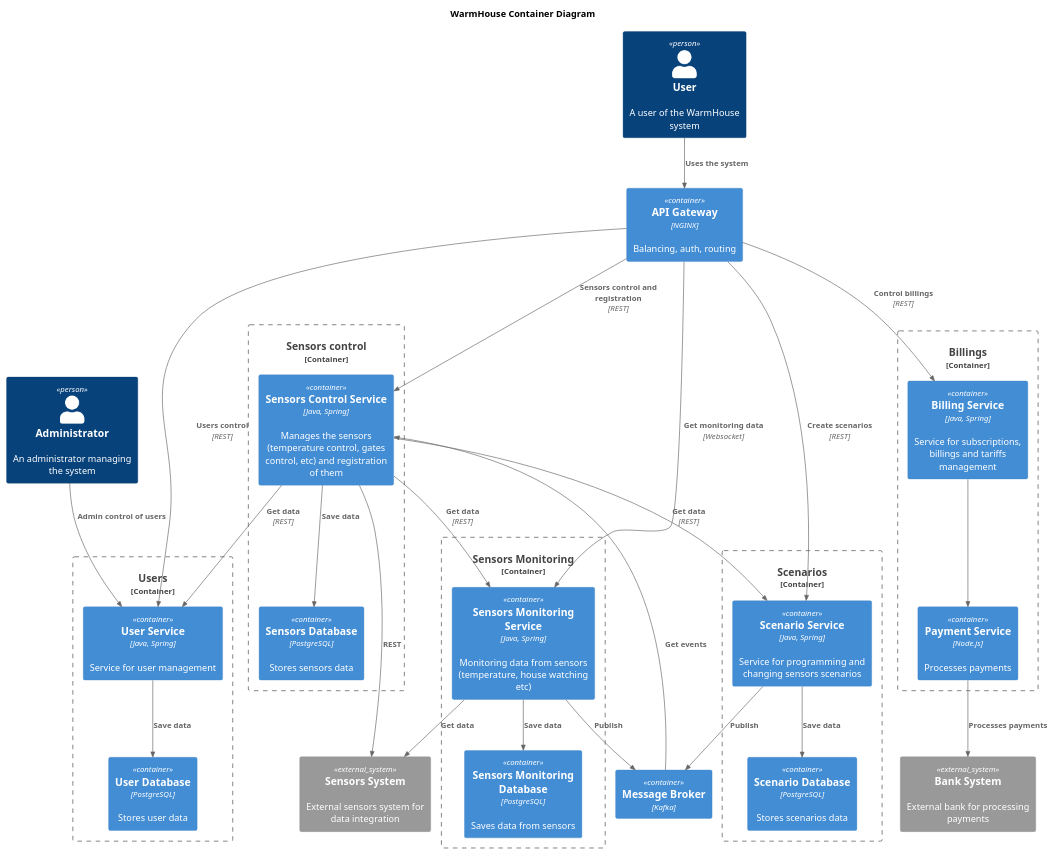
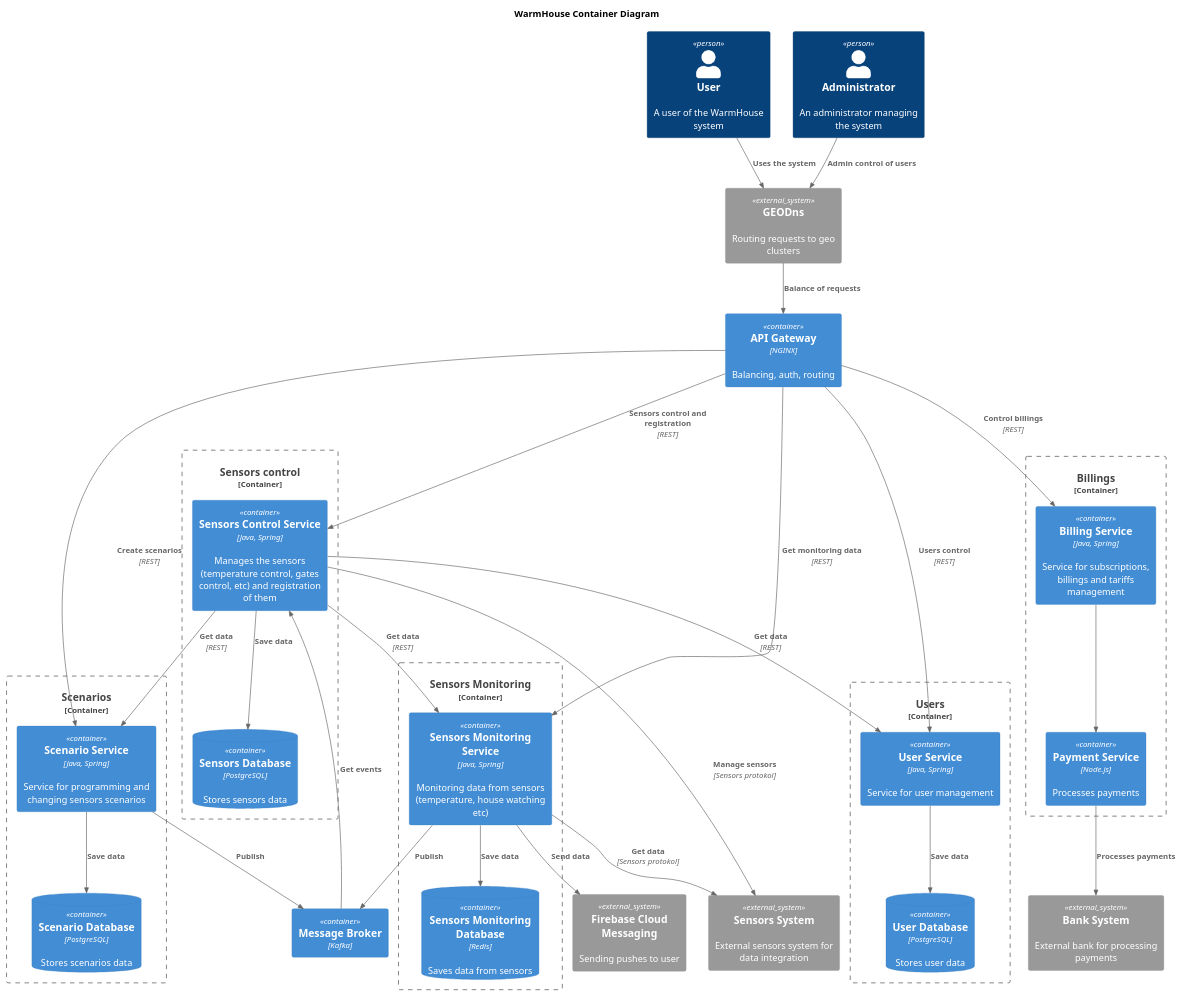
Before and after one commit to ostryaninam/PlantUML: the diagram in PlantUML/WarmHouse/Container.puml, drawn with PlantUML. The commit also changed 10 other files, not shown here.

```diff
--- a/PlantUML/WarmHouse/Container.puml
+++ b/PlantUML/WarmHouse/Container.puml
@@ -1,72 +1,79 @@
 @startuml
 title WarmHouse Container Diagram
 
 top to bottom direction
 
 !includeurl https://raw.githubusercontent.com/RicardoNiepel/C4-PlantUML/master/C4_Component.puml
 
 Person(user, "User", "A user of the WarmHouse system")
 Person(admin, "Administrator", "An administrator managing the system")
 
-  Container_Boundary(User, "Users"){
-      Container(UserDB, "User Database","PostgreSQL","Stores user data")
-      Container(UserService, "User Service", "Java, Spring", "Service for user management")
-    }
-  Container_Boundary(SensorsControl, "Sensors control"){
-      Container(SensorsControlService, "Sensors Control Service", "Java, Spring", "Manages the sensors (temperature control, gates control, etc) and registration of them")
-      Container(SensorsDb, "Sensors Database","PostgreSQL", "Stores sensors data")
-    }
-  Container_Boundary(Scenarios, "Scenarios"){
-      Container(ScenarioService, "Scenario Service", "Java, Spring", "Service for programming and changing sensors scenarios")
-      Container(ScenarioDb, "Scenario Database","PostgreSQL", "Stores scenarios data")
-    }
-  Container_Boundary(Billing, "Billings"){
-        Container(BillingService, "Billing Service", "Java, Spring", "Service for subscriptions, billings and tariffs management")
-       Container(PaymentService, "Payment Service", "Node.js", "Processes payments")
-    }
-  Container_Boundary(SensorsMonitoring, "Sensors Monitoring"){
-           Container(SensorsMonitoringService, "Sensors Monitoring Service", "Java, Spring", "Monitoring data from sensors (temperature, house watching etc)")
-        Container(SensorsMonitoringDB, "Sensors Monitoring Database", "PostgreSQL", "Saves data from sensors")
-    }
+Container_Boundary(User, "Users"){
+  ContainerDb(UserDB, "User Database","PostgreSQL","Stores user data")
+  Container(UserService, "User Service", "Java, Spring", "Service for user management")
+}
+Container_Boundary(SensorsControl, "Sensors control"){
+  Container(SensorsControlService, "Sensors Control Service", "Java, Spring", "Manages the sensors (temperature control, gates control, etc) and registration of them")
+  ContainerDb(SensorsDb, "Sensors Database","PostgreSQL", "Stores sensors data")
+}
+Container_Boundary(Scenarios, "Scenarios"){
+  Container(ScenarioService, "Scenario Service", "Java, Spring", "Service for programming and changing sensors scenarios")
+  ContainerDb(ScenarioDb, "Scenario Database","PostgreSQL", "Stores scenarios data")
+}
+Container_Boundary(Billing, "Billings"){
+    Container(BillingService, "Billing Service", "Java, Spring", "Service for subscriptions, billings and tariffs management")
+   Container(PaymentService, "Payment Service", "Node.js", "Processes payments")
+}
+Container_Boundary(SensorsMonitoring, "Sensors Monitoring"){
+       Container(SensorsMonitoringService, "Sensors Monitoring Service", "Java, Spring", "Monitoring data from sensors (temperature, house watching etc)")
+    ContainerDb(SensorsMonitoringDB, "Sensors Monitoring Database", "Redis", "Saves data from sensors")
+}
    
-  Container(APIGateway, "API Gateway", "NGINX", "Balancing, auth, routing")
+Container(APIGateway, "API Gateway", "NGINX", "Balancing, auth, routing")
 
-  Container(SensorsMonitoringService, "Sensors Monitoring Service", "Java, Spring", "Monitoring data from sensors (temperature, house watching etc)")
-    
-  Container(Kafka, "Message Broker", "Kafka")
+System_Ext(GEODns, "GEODns", "Routing requests to geo clusters", "")
+System_Ext(FirebaseCloudMessaging, "Firebase Cloud Messaging", "Sending pushes to user", "")
+
+Container(SensorsMonitoringService, "Sensors Monitoring Service", "Java, Spring", "Monitoring data from sensors (temperature, house watching etc)")
+
+Container(Kafka, "Message Broker", "Kafka")
 
 System_Ext(sensors, "Sensors System", "External sensors system for data integration")
 System_Ext(bank, "Bank System", "External bank for processing payments")
 
-Rel(user, APIGateway, "Uses the system")
+Rel(user, GEODns, "Uses the system")
 
 Rel(PaymentService,bank,"Processes payments")
 
 Rel(ScenarioService,Kafka,"Publish")
 Rel(ScenarioService,ScenarioDb,"Save data")
 
 Rel(UserService,UserDB,"Save data")
 Rel(SensorsControlService,SensorsDb,"Save data")
 
 Rel(SensorsMonitoringService,Kafka,"Publish")
-Rel(SensorsMonitoringService,sensors,"Get data")
+Rel(SensorsMonitoringService,sensors,"Get data","Sensors protokol")
 Rel(SensorsMonitoringService,SensorsMonitoringDB,"Save data")
+Rel(SensorsMonitoringService,FirebaseCloudMessaging,"Send data")
+
 
 Rel(SensorsControlService, UserService, "Get data","REST")
-Rel(SensorsControlService, sensors, "REST")
+Rel(SensorsControlService, sensors, "Manage sensors","Sensors protokol")
 Rel(SensorsControlService, ScenarioService, "Get data","REST")
 Rel(SensorsControlService, SensorsMonitoringService, "Get data","REST")
 
-Rel(APIGateway,SensorsMonitoringService,"Get monitoring data","Websocket")
+Rel(APIGateway,SensorsMonitoringService,"Get monitoring data","REST")
 Rel(APIGateway,SensorsControlService,"Sensors control and registration","REST")
 Rel(APIGateway,BillingService,"Control billings","REST")
 Rel(APIGateway,ScenarioService,"Create scenarios","REST")
 Rel(APIGateway,UserService,"Users control","REST")
 
+Rel(GEODns,APIGateway,"Balance of requests")
+
 Rel(BillingService,PaymentService,"")
 
 Rel(Kafka,SensorsControlService,"Get events")
 
-Rel(admin,UserService,"Admin control of users")
+Rel(admin,GEODns,"Admin control of users")
 
 @enduml
```
